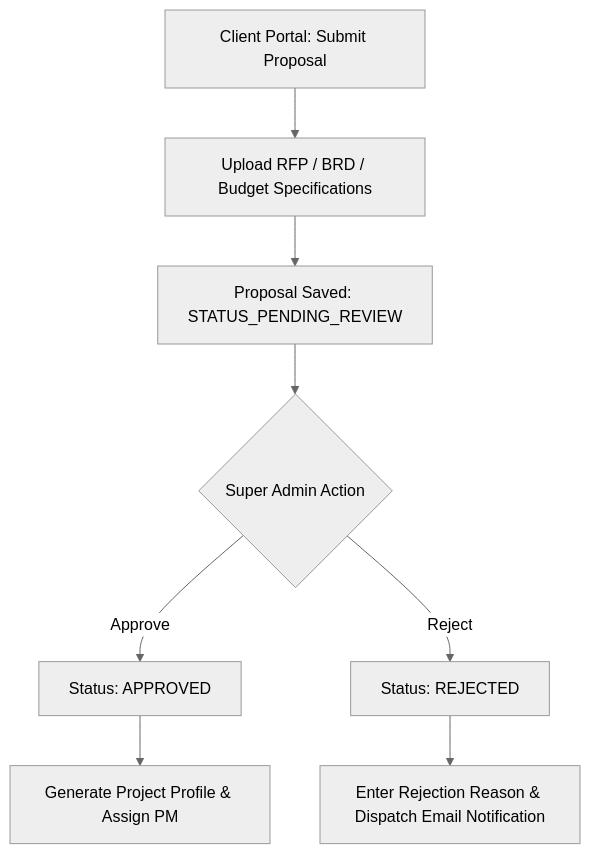
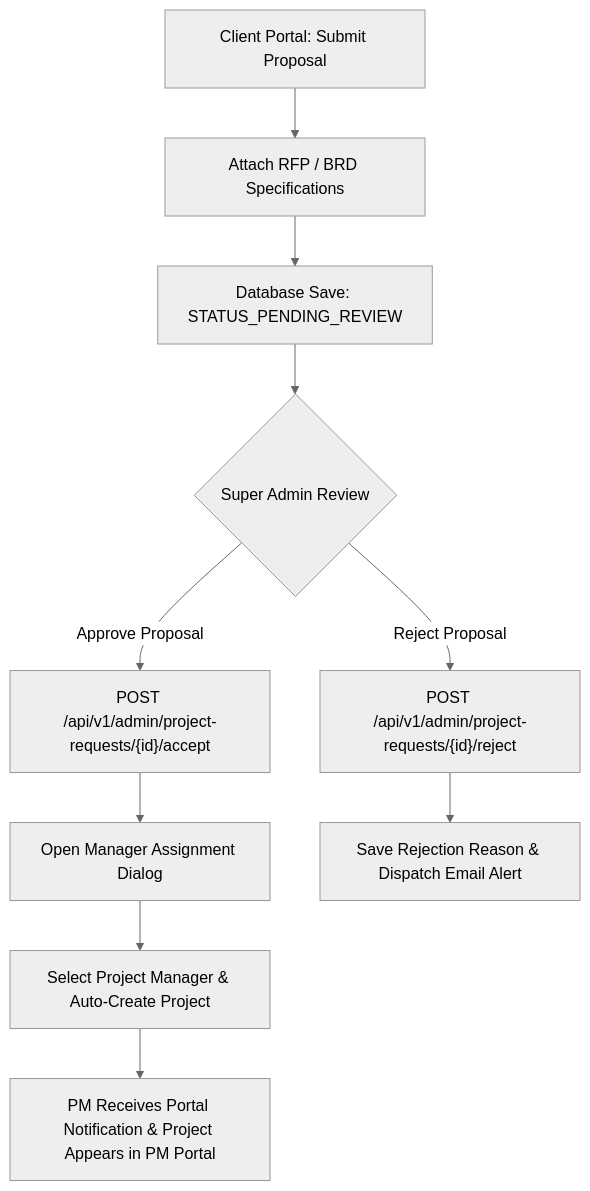
One commit to Vishnupriya1426/Project-Management-system changed the fourth of 5 diagrams in README.md. Above: the diagram before and after it, drawn with Mermaid (neutral theme). The commit also changed other lines of this file and 8 other files, not shown here.

````diff
--- a/README.md
+++ b/README.md
@@ -224,10 +195,12 @@
 ```mermaid
 graph TD
-    A["Client Portal: Submit Proposal"] --> B["Upload RFP / BRD / Budget Specifications"]
-    B --> C["Proposal Saved: STATUS_PENDING_REVIEW"]
-    C --> D{"Super Admin Action"}
-    D -- Approve --> E["Status: APPROVED"]
-    E --> F["Generate Project Profile & Assign PM"]
-    D -- Reject --> G["Status: REJECTED"]
-    G --> H["Enter Rejection Reason & Dispatch Email Notification"]
+    A["Client Portal: Submit Proposal"] --> B["Attach RFP / BRD Specifications"]
+    B --> C["Database Save: STATUS_PENDING_REVIEW"]
+    C --> D{"Super Admin Review"}
+    D -- Approve Proposal --> E["POST /api/v1/admin/project-requests/{id}/accept"]
+    E --> F["Open Manager Assignment Dialog"]
+    F --> G["Select Project Manager & Auto-Create Project"]
+    G --> H["PM Receives Portal Notification & Project Appears in PM Portal"]
+    D -- Reject Proposal --> I["POST /api/v1/admin/project-requests/{id}/reject"]
+    I --> J["Save Rejection Reason & Dispatch Email Alert"]
 ```
````
